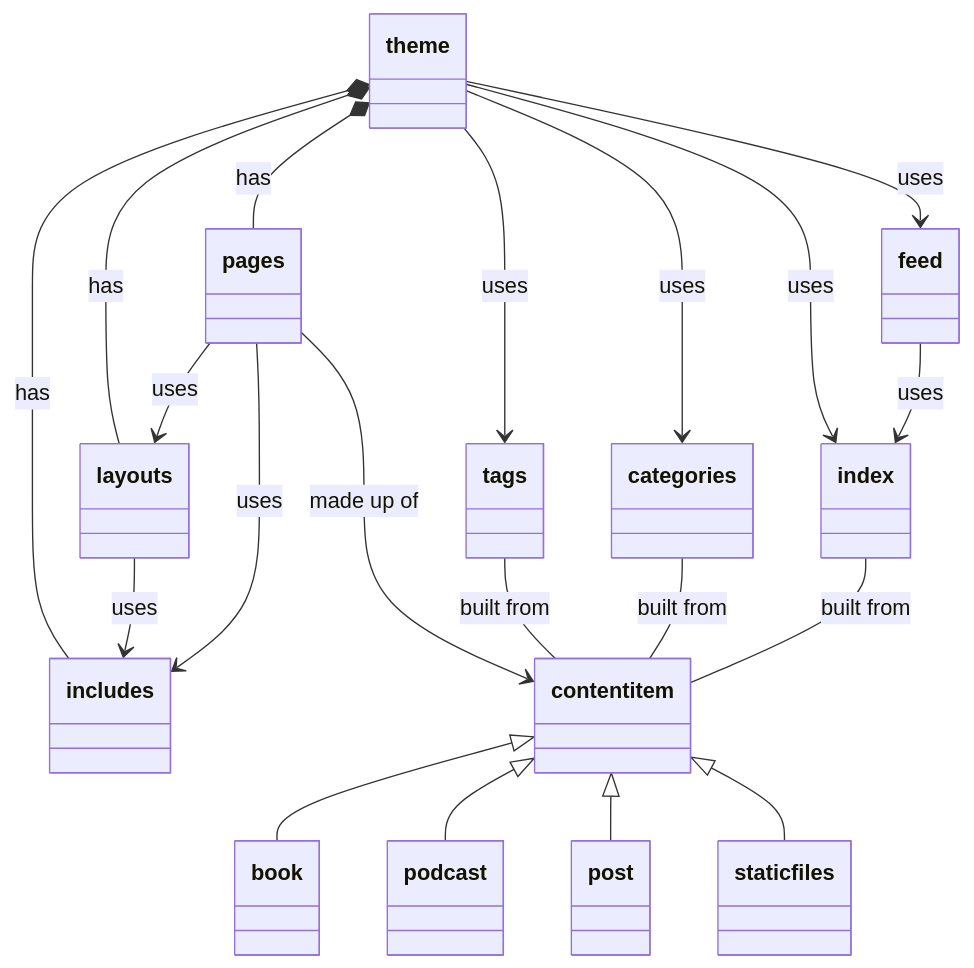
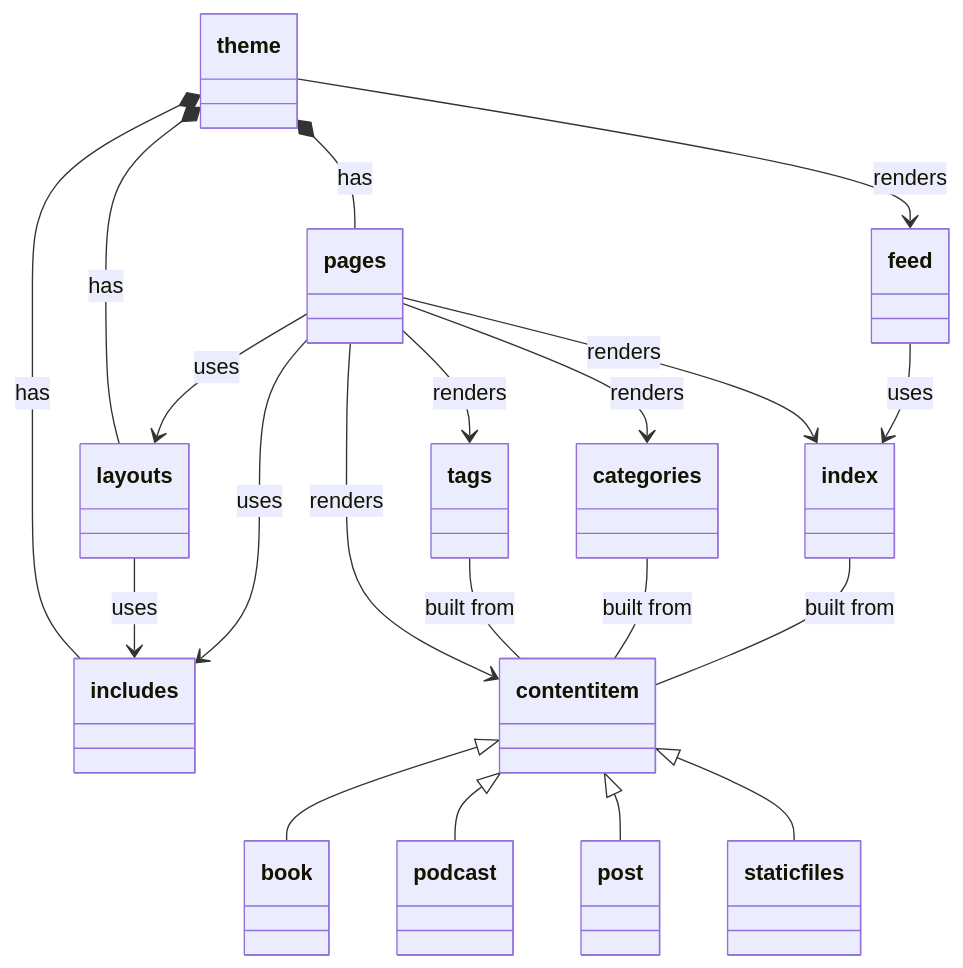
Before and after one commit to teggr/robintegg: the first of 2 diagrams in README.md, drawn with Mermaid. The commit also changed other lines of this file and 45 other files, not shown here.

````diff
--- a/README.md
+++ b/README.md
@@ -11,29 +11,29 @@
 ```mermaid
 classDiagram
     
     theme *-- includes : has
     theme *-- layouts : has
     theme *-- pages : has
-    theme --> feed : uses
-    theme --> tags : uses
-    theme --> categories : uses
-    theme --> index : uses
+    theme --> feed : renders
 
-    pages --> contentitem : made up of
+    pages --> index : renders
+    pages --> contentitem : renders
+    pages --> tags : renders
+    pages --> categories : renders
     
     pages --> layouts : uses
     layouts --> includes : uses
     pages --> includes : uses
     
     contentitem <|-- book
     contentitem <|-- podcast
     contentitem <|-- post
     contentitem <|-- staticfiles
     
     tags -- contentitem : built from
     categories -- contentitem  : built from
     index -- contentitem : built from
     
     feed --> index : uses
     
 ```
````
